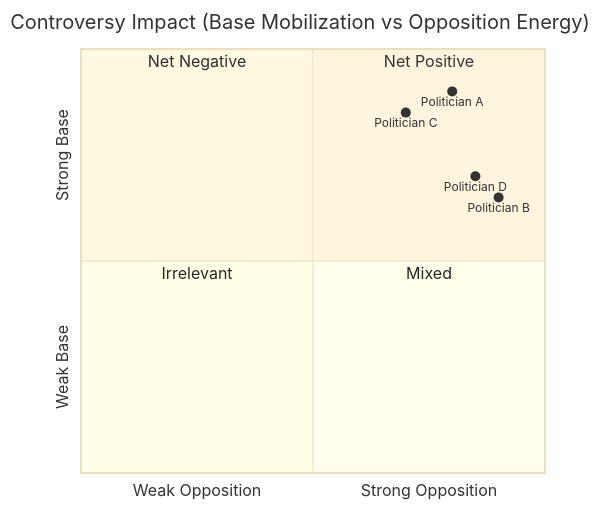
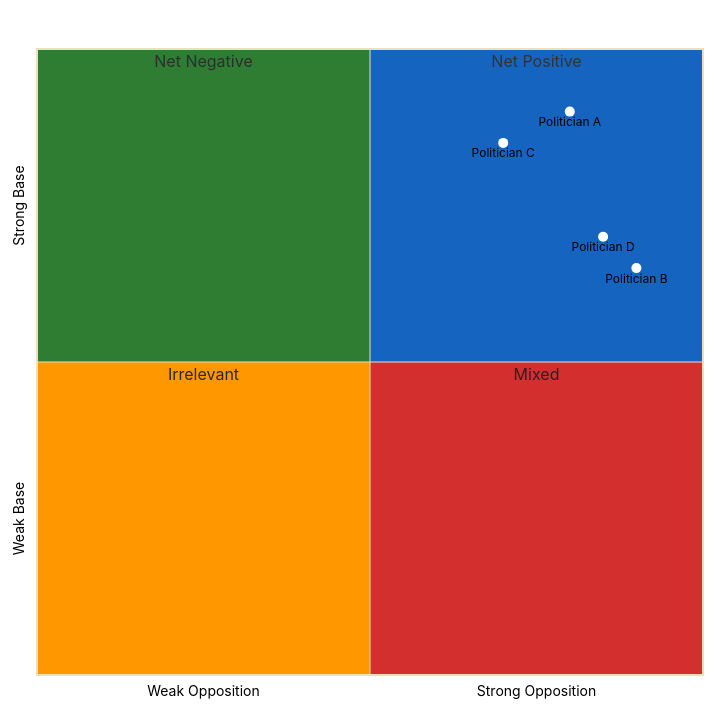
Before and after one commit to Hack23/cia: the ninth of 13 diagrams in json-export-specs/visualizations/top10-most-controversial.md, drawn with Mermaid. The commit also changed other lines of this file and 30 other files, not shown here.

First line of the commit message:
fix: fix mermaid init blocks (single->double quotes), xychart quoting, and SWOT quadrant colors

````diff
--- a/json-export-specs/visualizations/top10-most-controversial.md
+++ b/json-export-specs/visualizations/top10-most-controversial.md
@@ -147,16 +147,39 @@
 ```mermaid
-%%{init: {'theme':'base'}}%%
+%%{init: {
+  "theme": "base",
+  "themeVariables": {
+    "quadrant1Fill": "#1565C0",
+    "quadrant2Fill": "#2E7D32",
+    "quadrant3Fill": "#FF9800",
+    "quadrant4Fill": "#D32F2F",
+    "quadrantTitleFill": "#ffffff",
+    "quadrantPointFill": "#ffffff",
+    "quadrantPointTextFill": "#000000",
+    "quadrantXAxisTextFill": "#000000",
+    "quadrantYAxisTextFill": "#000000"
+  },
+  "quadrantChart": {
+    "chartWidth": 700,
+    "chartHeight": 700,
+    "pointLabelFontSize": 12,
+    "titleFontSize": 20,
+    "quadrantLabelFontSize": 16,
+    "xAxisLabelFontSize": 14,
+    "yAxisLabelFontSize": 14
+  }
+}}%%
 quadrantChart
     title Controversy Impact (Base Mobilization vs Opposition Energy)
     x-axis Weak Opposition --> Strong Opposition
     y-axis Weak Base --> Strong Base
     quadrant-1 Net Positive
     quadrant-2 Net Negative
     quadrant-3 Irrelevant
     quadrant-4 Mixed
     
-    Politician A: [0.8, 0.9]
-    Politician B: [0.9, 0.65]
-    Politician C: [0.7, 0.85]
-    Politician D: [0.85, 0.7]
+    "Politician A": [0.8, 0.9]
+    "Politician B": [0.9, 0.65]
+    "Politician C": [0.7, 0.85]
+    "Politician D": [0.85, 0.7]
+
 ```
````
